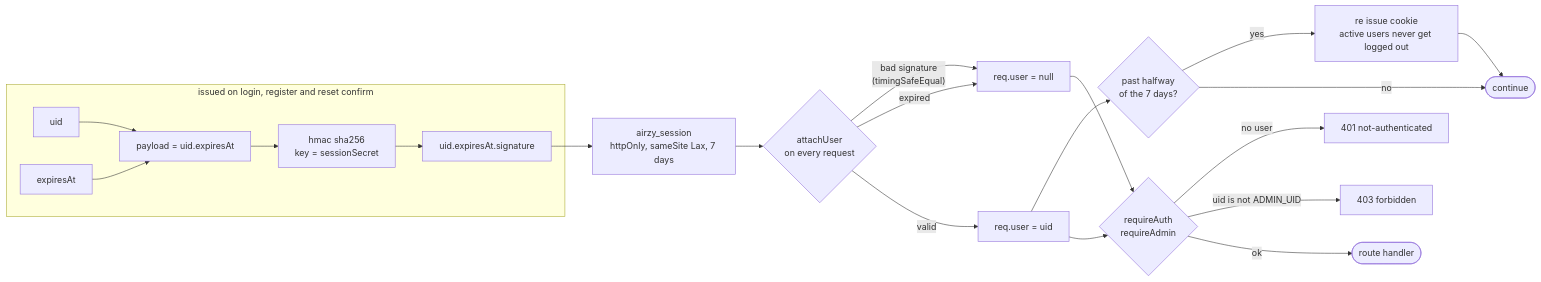
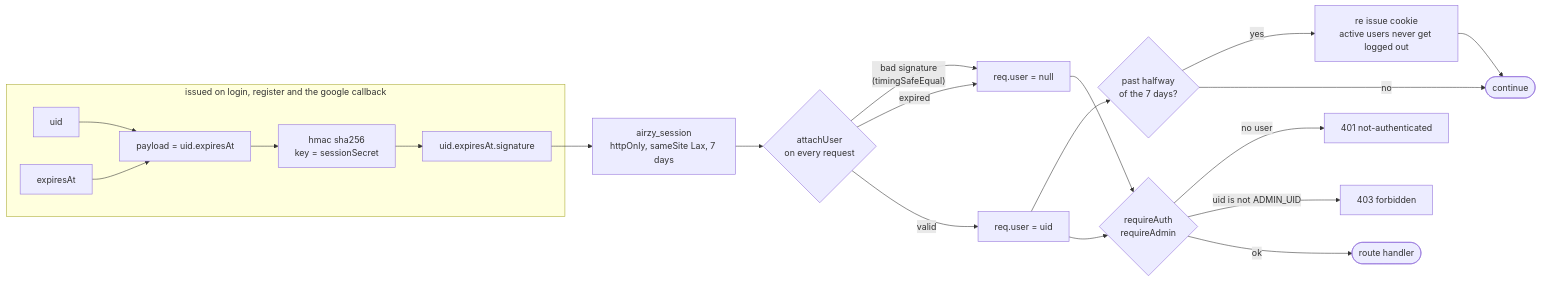
The second of 7 diagrams in ARCHITECTURE.md (Air-zy/airWebsite), drawn with Mermaid before and after one commit. The commit also changed other lines of this file and 22 other files, not shown here.

````diff
--- a/ARCHITECTURE.md
+++ b/ARCHITECTURE.md
@@ -41,27 +41,27 @@
 ```mermaid
 flowchart LR
-  subgraph MINT["issued on login, register and reset confirm"]
+  subgraph MINT["issued on login, register and the google callback"]
     U["uid"] --> P
     E["expiresAt"] --> P
     P["payload = uid.expiresAt"] --> H["hmac sha256<br/>key = sessionSecret"]
     H --> T["uid.expiresAt.signature"]
   end
 
   T --> COOKIE["airzy_session<br/>httpOnly, sameSite Lax, 7 days"]
 
   COOKIE --> V{"attachUser<br/>on every request"}
   V -->|"bad signature<br/>(timingSafeEqual)"| NULL["req.user = null"]
   V -->|expired| NULL
   V -->|valid| USER["req.user = uid"]
 
   USER --> SLIDE{"past halfway<br/>of the 7 days?"}
   SLIDE -->|yes| REISSUE["re issue cookie<br/>active users never get logged out"]
   SLIDE -->|no| DONE([continue])
   REISSUE --> DONE
 
   NULL --> RA
   USER --> RA{"requireAuth<br/>requireAdmin"}
   RA -->|no user| E401["401 not-authenticated"]
   RA -->|uid is not ADMIN_UID| E403["403 forbidden"]
   RA -->|ok| ROUTE([route handler])
 ```
````
